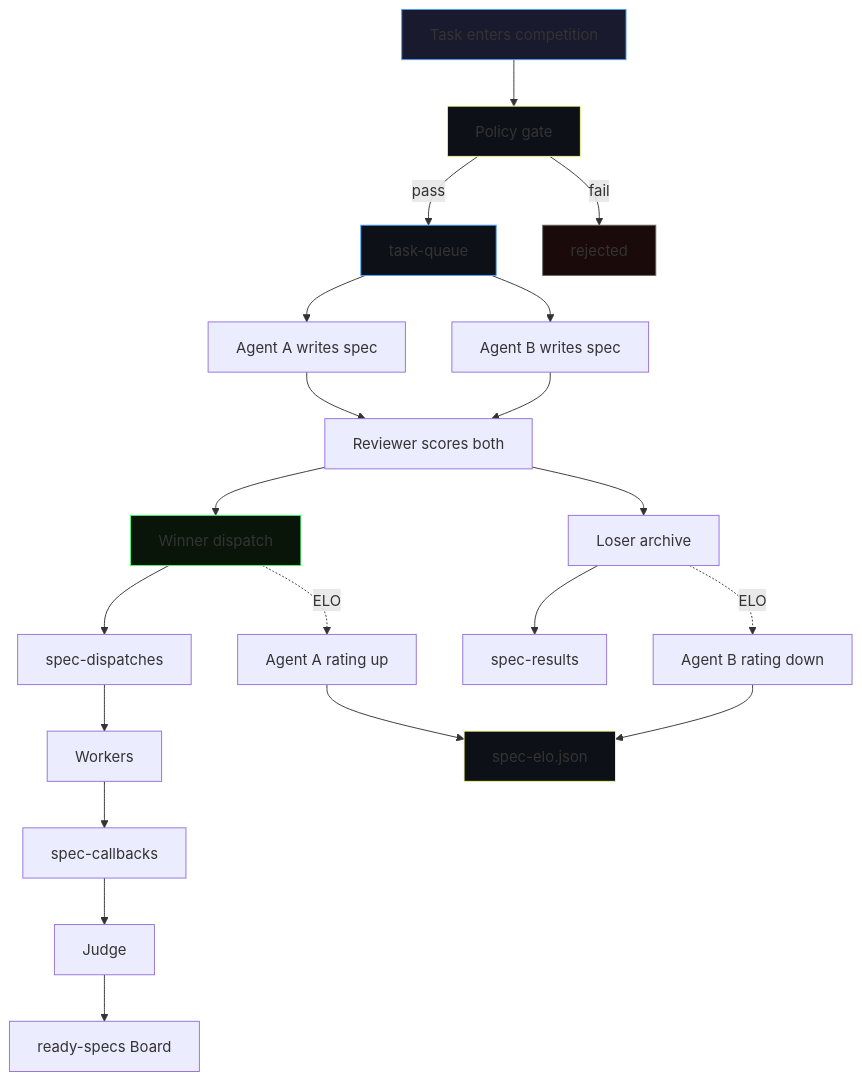
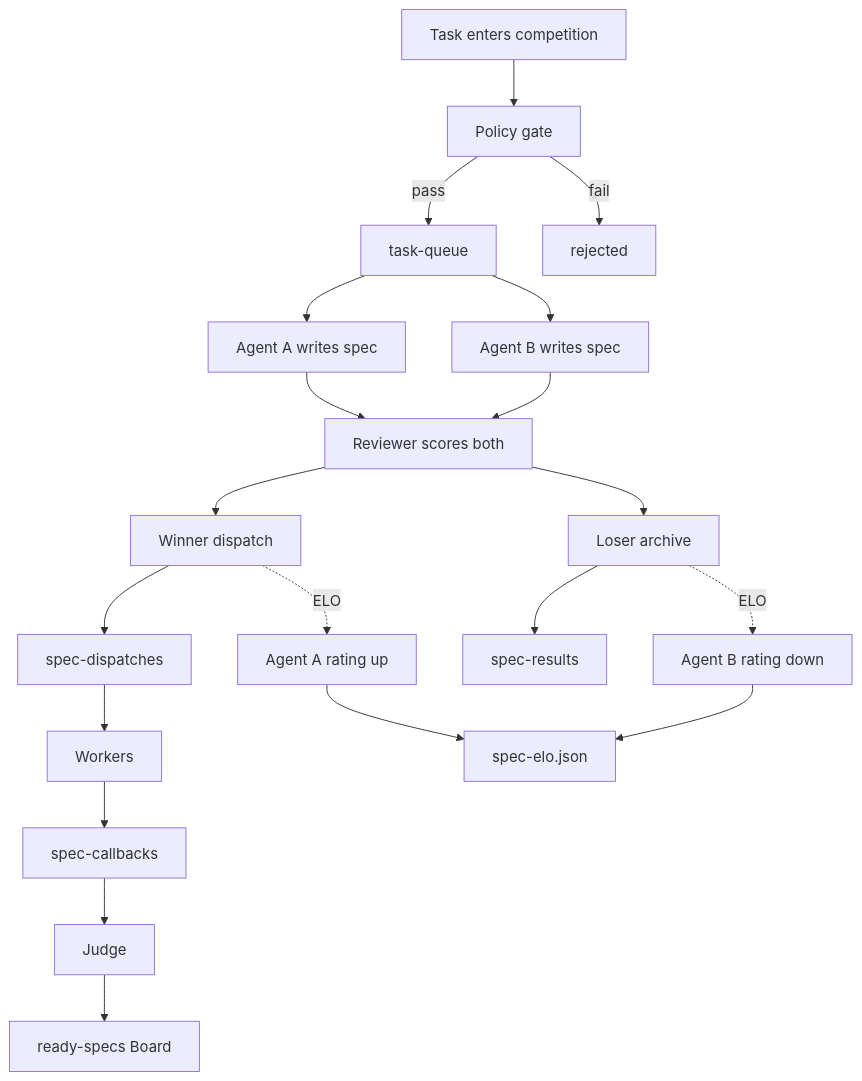
Before and after one commit to mmartoccia/ghost-orchestration-pattern: the diagram in diagrams/SPEC_COMPETITION.mmd, drawn with Mermaid. The commit also changed 4 other files, not shown here.

Commit message:
Strip all styling - GitHub Mermaid uses older version without fill/stroke support

````diff
--- a/diagrams/SPEC_COMPETITION.mmd
+++ b/diagrams/SPEC_COMPETITION.mmd
@@ -1,28 +1,22 @@
 ```mermaid
 flowchart TB
     T["Task enters competition"] --> P["Policy gate"]
     P -->|"pass"| Q["task-queue"]
     P -->|"fail"| R["rejected"]
     Q --> A["Agent A writes spec"]
     Q --> B["Agent B writes spec"]
     A --> V["Reviewer scores both"]
     B --> V
     V --> W["Winner dispatch"]
     V --> L["Loser archive"]
     W --> D["spec-dispatches"]
     L --> A2["spec-results"]
     W -.->|"ELO"| E1["Agent A rating up"]
     L -.->|"ELO"| E2["Agent B rating down"]
     E1 --> EL["spec-elo.json"]
     E2 --> EL
     D --> WK["Workers"]
     WK --> CB["spec-callbacks"]
     CB --> J["Judge"]
     J --> RD["ready-specs Board"]
-    style T fill:#1a1a2e,stroke:#4a9eff,stroke-width:1px
-    style P fill:#0d1117,stroke:#f1fa8c,stroke-width:1px
-    style Q fill:#0d1117,stroke:#4a9eff,stroke-width:1px
-    style R fill:#1a0a0a,stroke:#666666,stroke-width:1px
-    style W fill:#0a150a,stroke:#50fa7b,stroke-width:1px
-    style EL fill:#0d1117,stroke:#f1fa8c,stroke-width:1px
 ```
````
